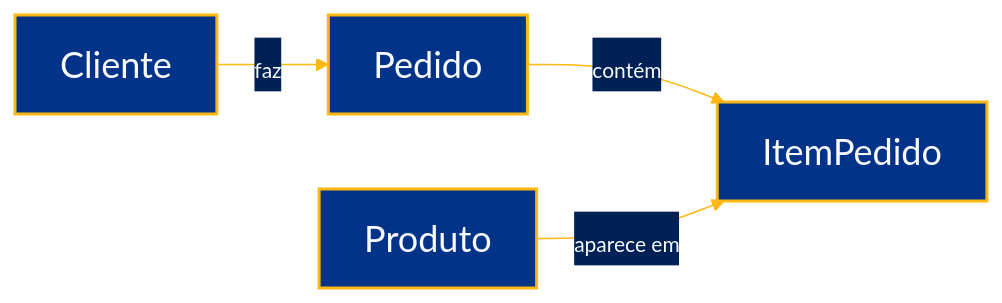
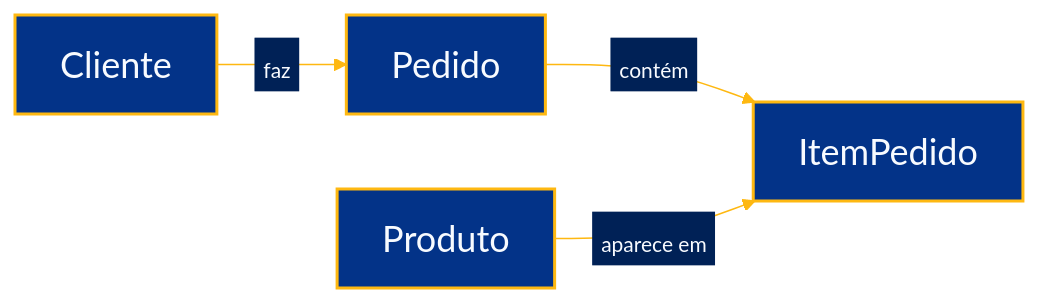
The diagram in slides/slides.md (rodbv/orms-erros-comuns), drawn with Mermaid before and after one commit.

Commit message:
fix: adjust mermaid chart styles for improved readability

````diff
--- a/slides/slides.md
+++ b/slides/slides.md
@@ -92,15 +92,15 @@
 ```mermaid
 %%{init: {"theme": "base", "themeVariables": {"background": "transparent", "fontSize": "24px", "lineColor": "#feb811", "primaryColor": "#033388", "primaryBorderColor": "#feb811", "primaryTextColor": "#f8fbff", "secondaryColor": "#033388", "secondaryTextColor": "#f8fbff", "tertiaryColor": "#033388", "tertiaryBorderColor": "#feb811", "tertiaryTextColor": "#f8fbff", "edgeLabelBackground": "#002156"}}}%%
 flowchart LR
   cliente[Cliente]
   pedido[Pedido]
   item[ItemPedido]
   produto[Produto]
 
-  cliente -->|<span style='font-size:14px'>faz</span>| pedido
-  pedido -->|<span style='font-size:14px'>contém</span>| item
-  produto -->|<span style='font-size:14px'>aparece em</span>| item
+  cliente -->|<span style='font-size:14px;padding:0 6px;display:inline-block'>faz</span>| pedido
+  pedido -->|<span style='font-size:14px;padding:0 6px;display:inline-block'>contém</span>| item
+  produto -->|<span style='font-size:14px;padding:0 6px;display:inline-block'>aparece em</span>| item
 
   classDef entidade fill:#033388,stroke:#feb811,stroke-width:2px,color:#f8fbff;
   class cliente,pedido,item,produto entidade;
 ```
````
